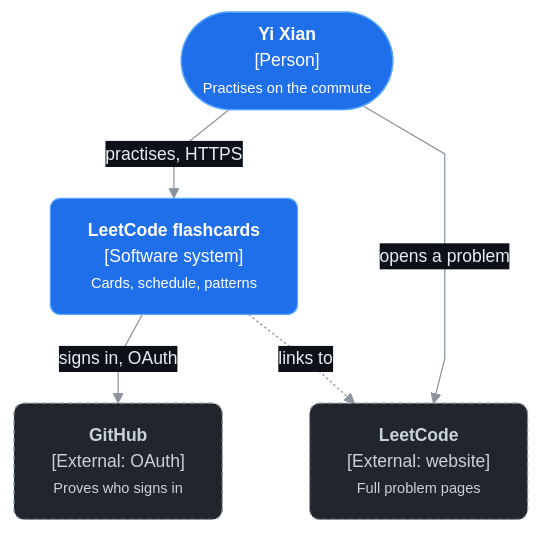
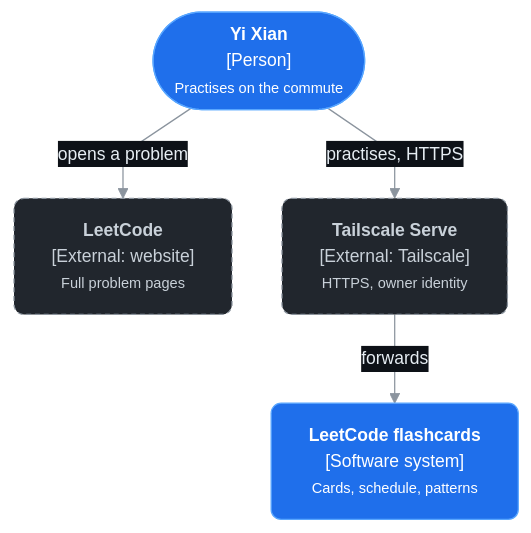
One commit to lyeyixian/leetcode-flashcards changed the first of 2 diagrams in docs/architecture/README.md. Above: the diagram before and after it, drawn with Mermaid. The commit also changed other lines of this file and 6 other files, not shown here.

First line of the commit message:
docs(architecture): redraw for the home server, Tailscale and the Sync API

````diff
--- a/docs/architecture/README.md
+++ b/docs/architecture/README.md
@@ -14,20 +16,19 @@
 ```mermaid
 %%{init: {"theme":"base","themeVariables":{"fontFamily":"system-ui, sans-serif","fontSize":"14px","lineColor":"#8b949e","clusterBkg":"#161b22","clusterBorder":"#30363d","edgeLabelBackground":"#0d1117","primaryTextColor":"#e6edf3","titleColor":"#e6edf3"},"flowchart":{"curve":"linear","nodeSpacing":40,"rankSpacing":50}}}%%
 flowchart TB
     user(["<b>Yi Xian</b><br/>[Person]<br/><small>Practises on the commute</small>"]):::person
     system["<b>LeetCode flashcards</b><br/>[Software system]<br/><small>Cards, schedule, patterns</small>"]:::system
     leetcode["<b>LeetCode</b><br/>[External: website]<br/><small>Full problem pages</small>"]:::external
-    github["<b>GitHub</b><br/>[External: OAuth]<br/><small>Proves who signs in</small>"]:::external
+    ts["<b>Tailscale Serve</b><br/>[External: Tailscale]<br/><small>HTTPS, owner identity</small>"]:::external
 
-    user -- "practises, HTTPS" --> system
-    system -- "signs in, OAuth" --> github
+    user -- "practises, HTTPS" --> ts
+    ts -- "forwards" --> system
     user -- "opens a problem" --> leetcode
-    system -. "links to" .-> leetcode
 
     classDef person fill:#1f6feb,stroke:#58a6ff,color:#ffffff,rx:8,ry:8
     classDef system fill:#1f6feb,stroke:#58a6ff,color:#ffffff,rx:8,ry:8
     classDef container fill:#0c2d6b,stroke:#388bfd,color:#e6edf3,rx:8,ry:8
     classDef component fill:#0c2d6b,stroke:#388bfd,color:#e6edf3,rx:8,ry:8
     classDef store fill:#0c2d6b,stroke:#388bfd,color:#e6edf3
     classDef external fill:#21262d,stroke:#8b949e,color:#c9d1d9,stroke-dasharray:4 3,rx:8,ry:8
 ```
````
